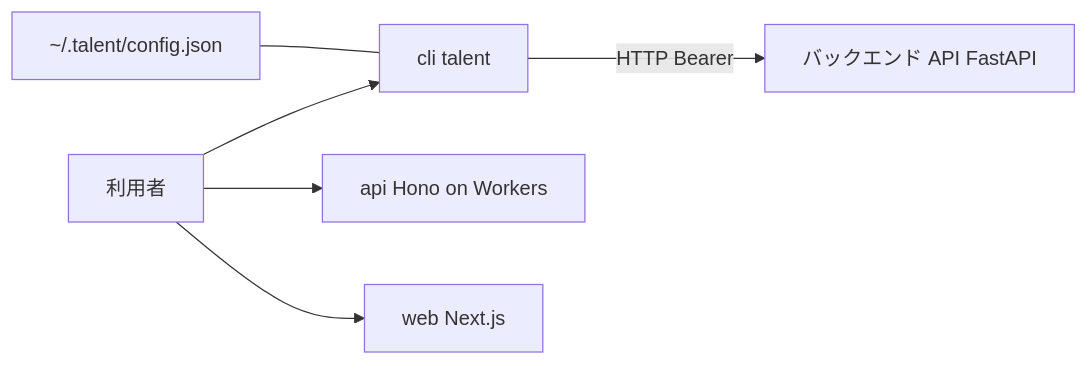
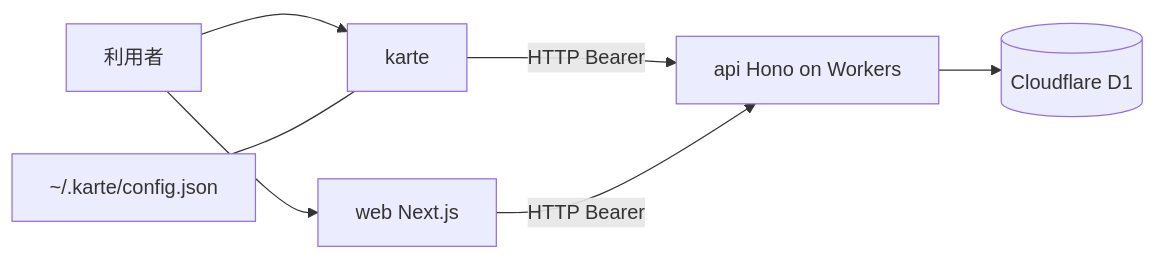
Before and after one commit to interactive-inc/open-bedrock: the diagram in .docs/architecture.md, drawn with Mermaid. The commit also changed other lines of this file and 9 other files, not shown here.

````diff
--- a/.docs/architecture.md
+++ b/.docs/architecture.md
@@ -27,8 +31,9 @@
 ```mermaid
 flowchart LR
-  user[利用者] --> cli[cli talent]
-  cli -->|HTTP Bearer| backend[バックエンド API FastAPI]
-  user --> api[api Hono on Workers]
+  user[利用者] --> cli[karte]
+  cli -->|HTTP Bearer| api[api Hono on Workers]
   user --> web[web Next.js]
-  config[~/.talent/config.json] --- cli
+  web -->|HTTP Bearer| api
+  api --> db[(Cloudflare D1)]
+  config[~/.karte/config.json] --- cli
 ```
````
